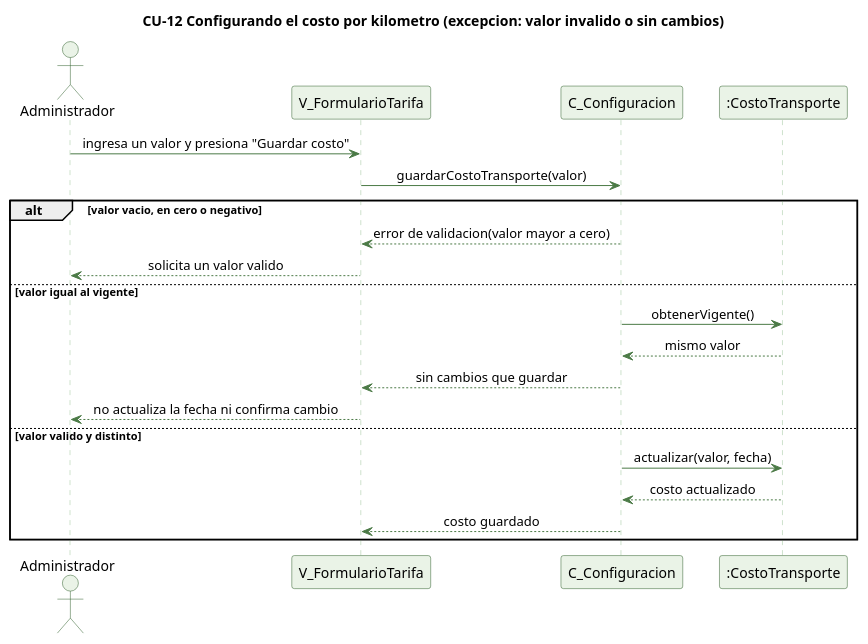
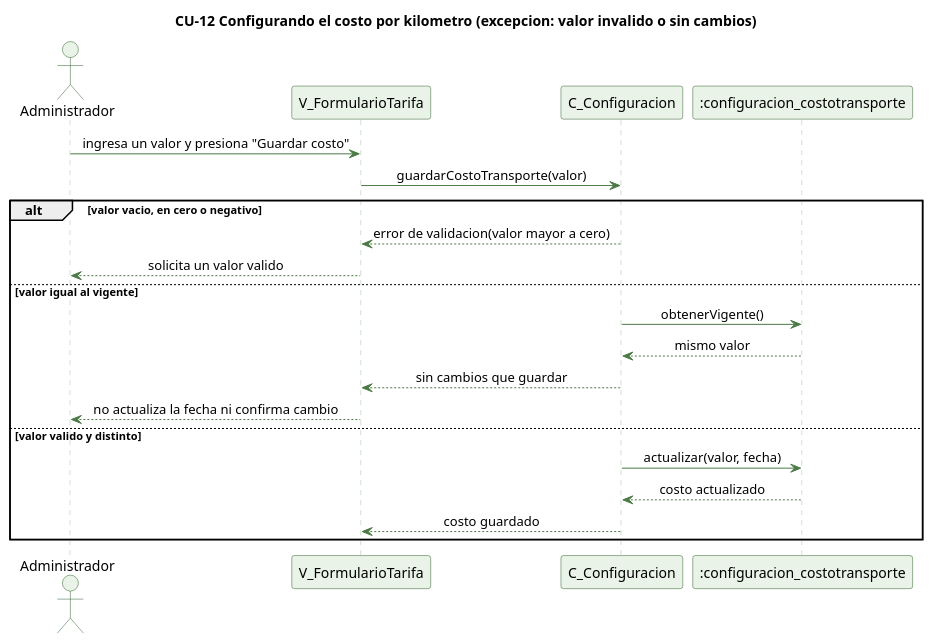
The diagram in docs/trabajo-grupal/diagramas/secuencias/cu12-costo-transporte-excepcion.puml (kenjikaese/Triverde), drawn with PlantUML before and after one commit. The commit also changed 215 other files, not shown here.

```diff
--- a/docs/trabajo-grupal/diagramas/secuencias/cu12-costo-transporte-excepcion.puml
+++ b/docs/trabajo-grupal/diagramas/secuencias/cu12-costo-transporte-excepcion.puml
@@ -1,37 +1,37 @@
 @startuml cu12-costo-transporte-excepcion
 ' CU-12 Configurando el costo por kilometro - flujo de excepcion
 skinparam backgroundColor #FFFFFF
 skinparam shadowing false
 skinparam defaultFontName Helvetica
 skinparam sequenceMessageAlign center
 skinparam ParticipantBackgroundColor #EAF3E7
 skinparam ParticipantBorderColor #2E5E2A
 skinparam ActorBackgroundColor #EAF3E7
 skinparam ActorBorderColor #2E5E2A
 skinparam sequenceLifeLineBorderColor #9CC49A
 skinparam ArrowColor #4B7A46
 
 title CU-12 Configurando el costo por kilometro (excepcion: valor invalido o sin cambios)
 
 actor Administrador
 participant "V_FormularioTarifa" as V
 participant "C_Configuracion" as C
-participant ":CostoTransporte" as CT
+participant ":configuracion_costotransporte" as CT
 
 Administrador -> V : ingresa un valor y presiona "Guardar costo"
 V -> C : guardarCostoTransporte(valor)
 alt valor vacio, en cero o negativo
   C --> V : error de validacion(valor mayor a cero)
   V --> Administrador : solicita un valor valido
 else valor igual al vigente
   C -> CT : obtenerVigente()
   CT --> C : mismo valor
   C --> V : sin cambios que guardar
   V --> Administrador : no actualiza la fecha ni confirma cambio
 else valor valido y distinto
   C -> CT : actualizar(valor, fecha)
   CT --> C : costo actualizado
   C --> V : costo guardado
 end
 
 @enduml
```
